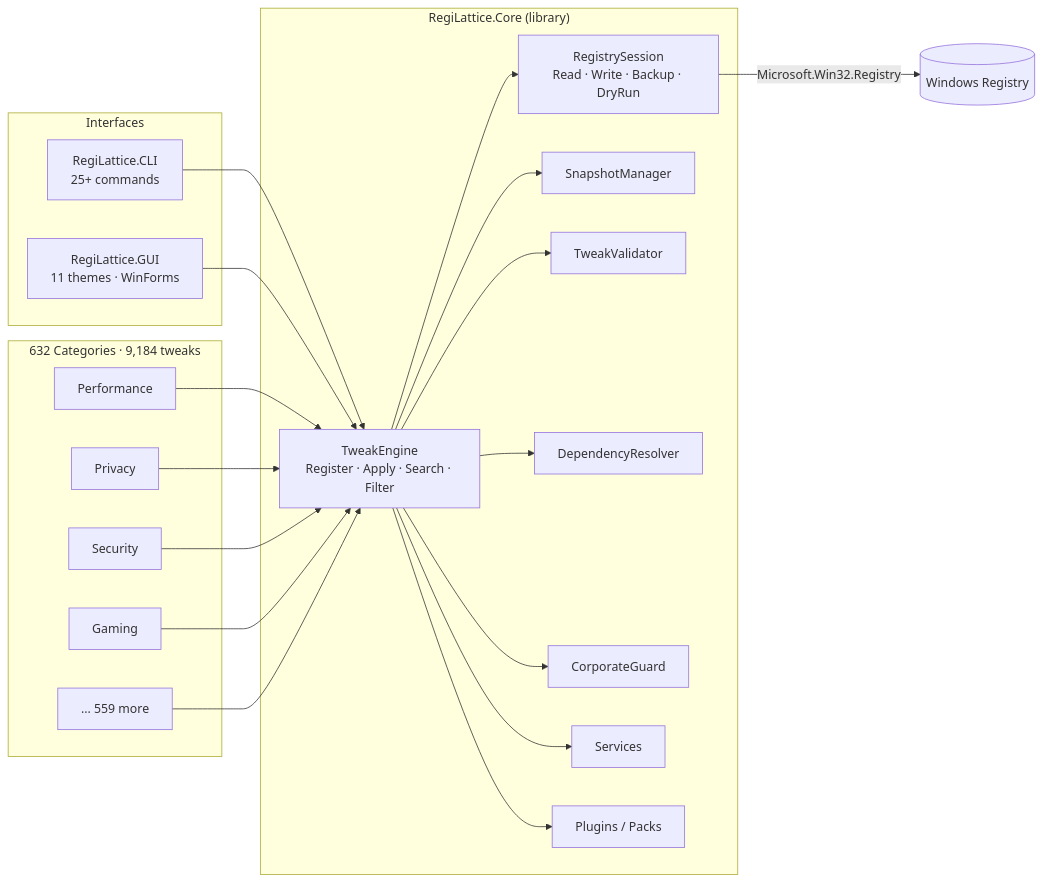
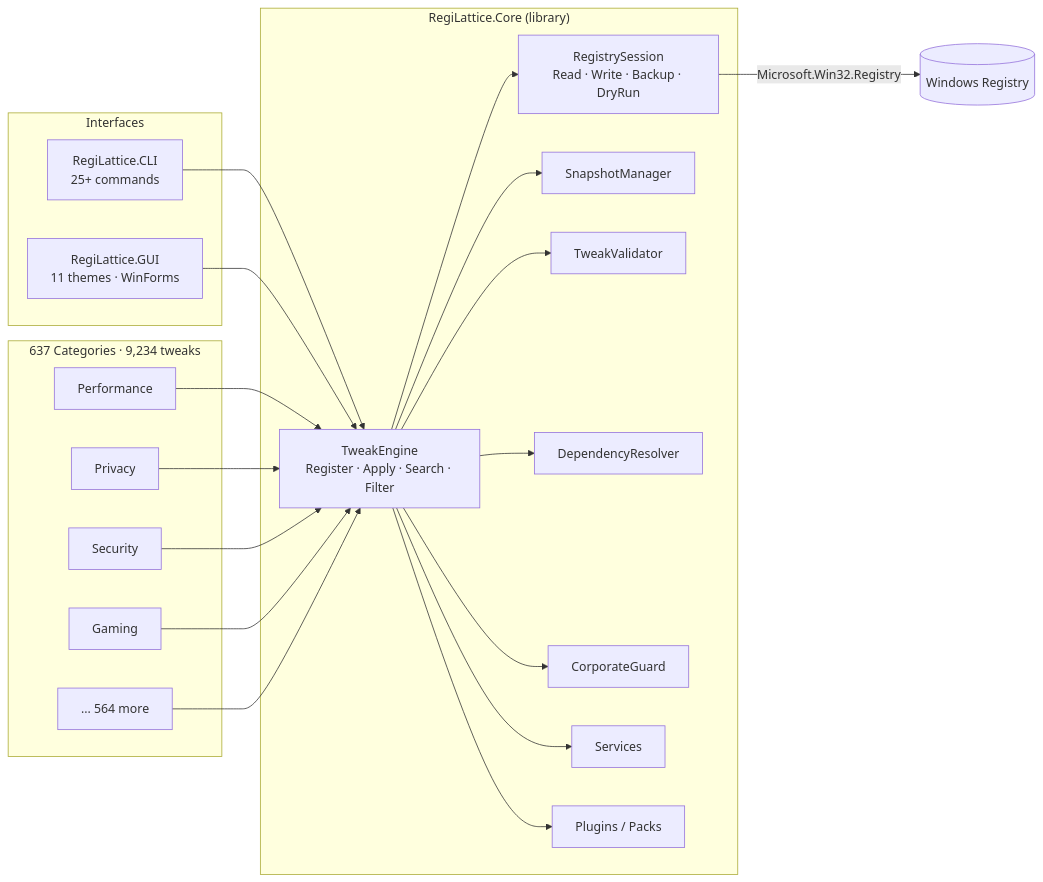
Before and after one commit to RajwanYair/RegiLattice: the first of 2 diagrams in README.md, drawn with Mermaid. The commit also changed other lines of this file and 7 other files, not shown here.

````diff
--- a/README.md
+++ b/README.md
@@ -88,38 +88,38 @@
 ```mermaid
 graph LR
     subgraph Interfaces
         CLI[RegiLattice.CLI<br/>25+ commands]
         GUI[RegiLattice.GUI<br/>11 themes · WinForms]
     end
 
     subgraph Core["RegiLattice.Core (library)"]
         TE[TweakEngine<br/>Register · Apply · Search · Filter]
         RS[RegistrySession<br/>Read · Write · Backup · DryRun]
         SM[SnapshotManager]
         TV[TweakValidator]
         DR[DependencyResolver]
         CG[CorporateGuard]
         SV[Services]
         PM[Plugins / Packs]
     end
 
-    subgraph Tweaks["632 Categories · 9,184 tweaks"]
+    subgraph Tweaks["637 Categories · 9,234 tweaks"]
         T1[Performance]
         T2[Privacy]
         T3[Security]
         T4[Gaming]
-        TN[... 559 more]
+        TN[... 564 more]
     end
 
     CLI --> TE
     GUI --> TE
     TE --> RS
     TE --> SM
     TE --> TV
     TE --> DR
     TE --> CG
     TE --> SV
     TE --> PM
     T1 & T2 & T3 & T4 & TN --> TE
     RS -->|Microsoft.Win32.Registry| WR[(Windows Registry)]
 ```
````
